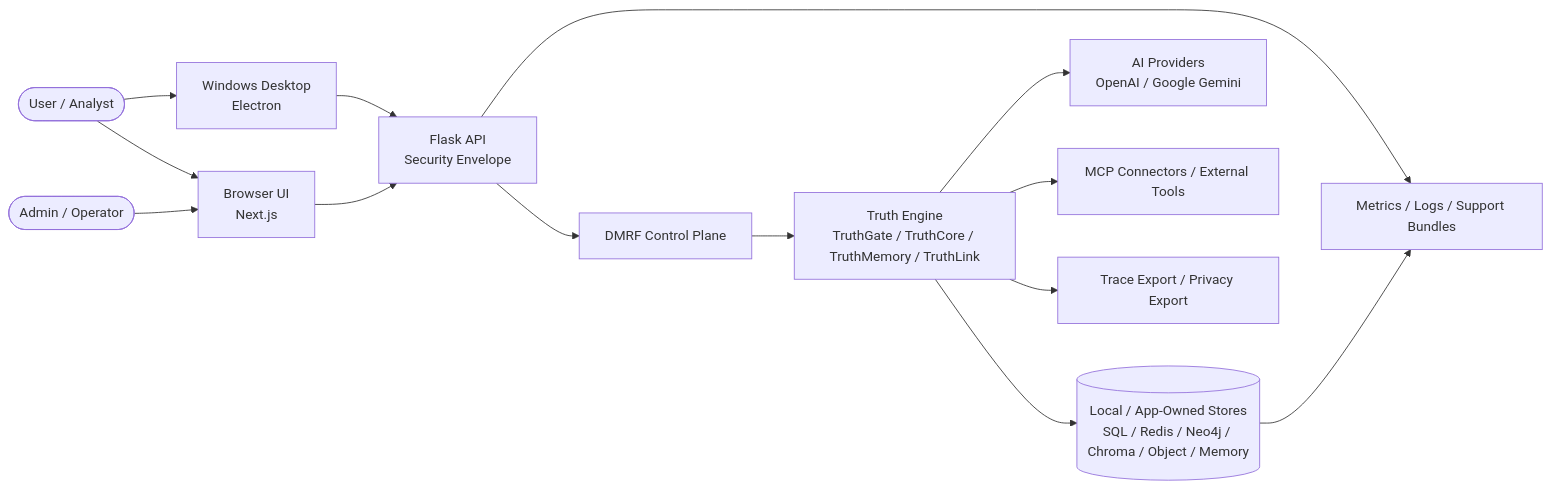
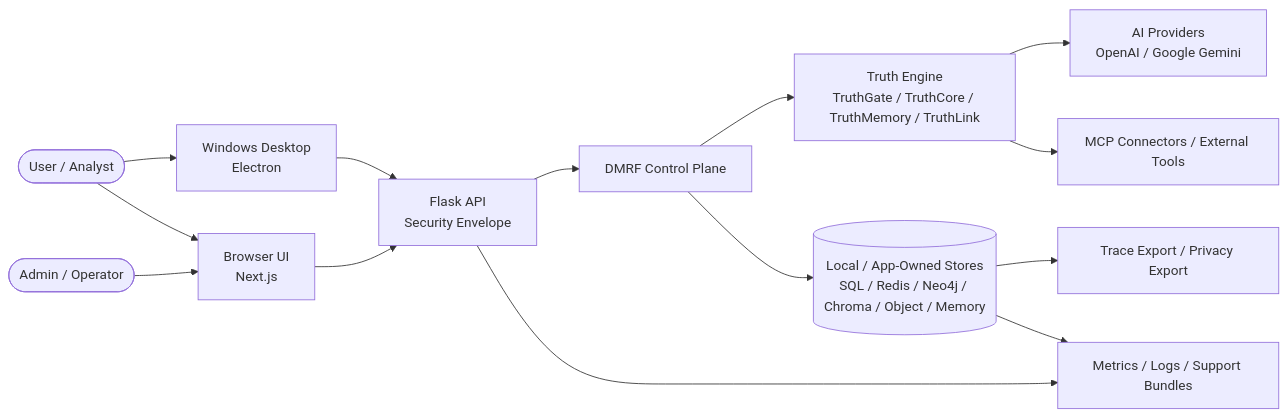
One commit to kherrera6219/DataLogicEngine changed the first of 10 diagrams in docs/DATA_FLOW_DIAGRAMS.md. Above: the diagram before and after it, drawn with Mermaid. The commit also changed other lines of this file and 99 other files, not shown here.

````diff
--- a/docs/DATA_FLOW_DIAGRAMS.md
+++ b/docs/DATA_FLOW_DIAGRAMS.md
@@ -48,29 +50,29 @@
 ```mermaid
 flowchart LR
     USER([User / Analyst])
     ADMIN([Admin / Operator])
     DESKTOP[Windows Desktop\nElectron]
     BROWSER[Browser UI\nNext.js]
     API[Flask API\nSecurity Envelope]
     DMRF[DMRF Control Plane]
     TRUTH[Truth Engine\nTruthGate / TruthCore / TruthMemory / TruthLink]
     DATA[(Local / App-Owned Stores\nSQL / Redis / Neo4j / Chroma / Object / Memory)]
     PROVIDERS[AI Providers\nOpenAI / Google Gemini]
     MCP[MCP Connectors / External Tools]
     EXPORT[Trace Export / Privacy Export]
     OPS[Metrics / Logs / Support Bundles]
 
     USER --> DESKTOP
     USER --> BROWSER
     ADMIN --> BROWSER
     DESKTOP --> API
     BROWSER --> API
     API --> DMRF
     DMRF --> TRUTH
-    TRUTH --> DATA
     TRUTH --> PROVIDERS
     TRUTH --> MCP
-    TRUTH --> EXPORT
+    DMRF --> DATA
+    DATA --> EXPORT
     API --> OPS
     DATA --> OPS
 ```
````
